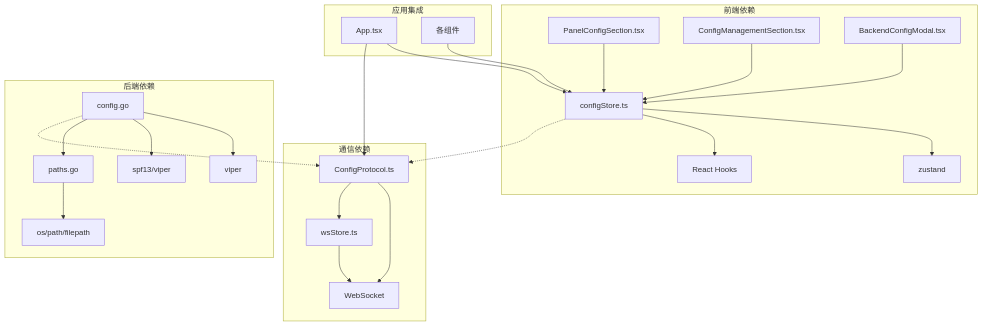
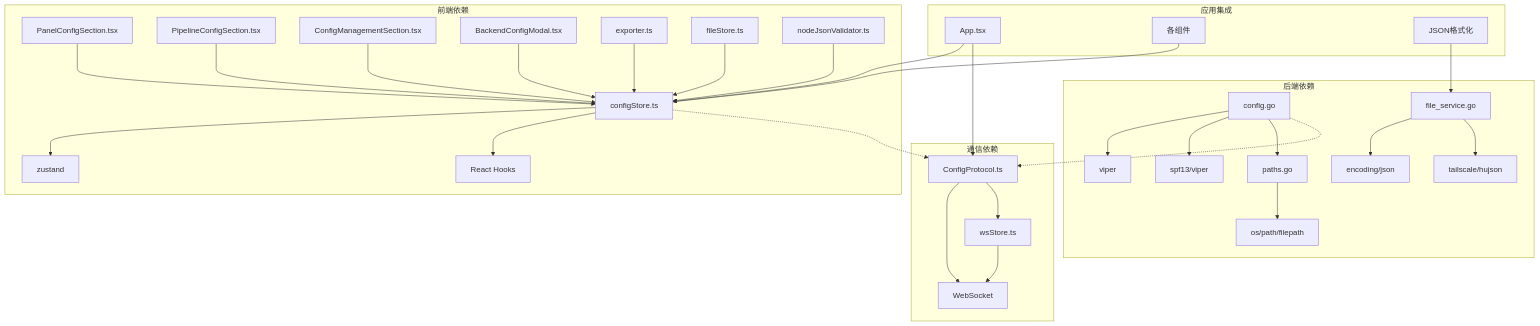
Diagram 13 of 15 in .qoder/repowiki/zh/content/Config Store.md (kqcoxn/MaaPipelineEditor), drawn with Mermaid before and after one commit. The commit also changed other lines of this file and 16 other files, not shown here.

````diff
--- a/.qoder/repowiki/zh/content/Config Store.md
+++ b/.qoder/repowiki/zh/content/Config Store.md
@@ -359,28 +507,35 @@
 ```mermaid
 graph TB
 subgraph "前端依赖"
 A[configStore.ts] --> B[zustand]
 A --> C[React Hooks]
 D[PanelConfigSection.tsx] --> A
-E[ConfigManagementSection.tsx] --> A
-F[BackendConfigModal.tsx] --> A
+E[PipelineConfigSection.tsx] --> A
+F[ConfigManagementSection.tsx] --> A
+G[BackendConfigModal.tsx] --> A
+H[exporter.ts] --> A
+I[fileStore.ts] --> A
+J[nodeJsonValidator.ts] --> A
 end
 subgraph "后端依赖"
-G[config.go] --> H[viper]
-G --> I[spf13/viper]
-J[paths.go] --> K[os/path/filepath]
-G --> J
+K[config.go] --> L[viper]
+K --> M[spf13/viper]
+N[paths.go] --> O[os/path/filepath]
+K --> N
+P[file_service.go] --> Q[encoding/json]
+P --> R[tailscale/hujson]
 end
 subgraph "通信依赖"
-L[ConfigProtocol.ts] --> M[WebSocket]
-N[wsStore.ts] --> M
-L --> N
+S[ConfigProtocol.ts] --> T[WebSocket]
+U[wsStore.ts] --> T
+S --> U
 end
 subgraph "应用集成"
-O[App.tsx] --> A
-O --> L
-P[各组件] --> A
+V[App.tsx] --> A
+V --> S
+W[各组件] --> A
+X[JSON格式化] --> P
 end
-A -.-> L
-G -.-> L
+A -.-> S
+K -.-> S
 ```
````
